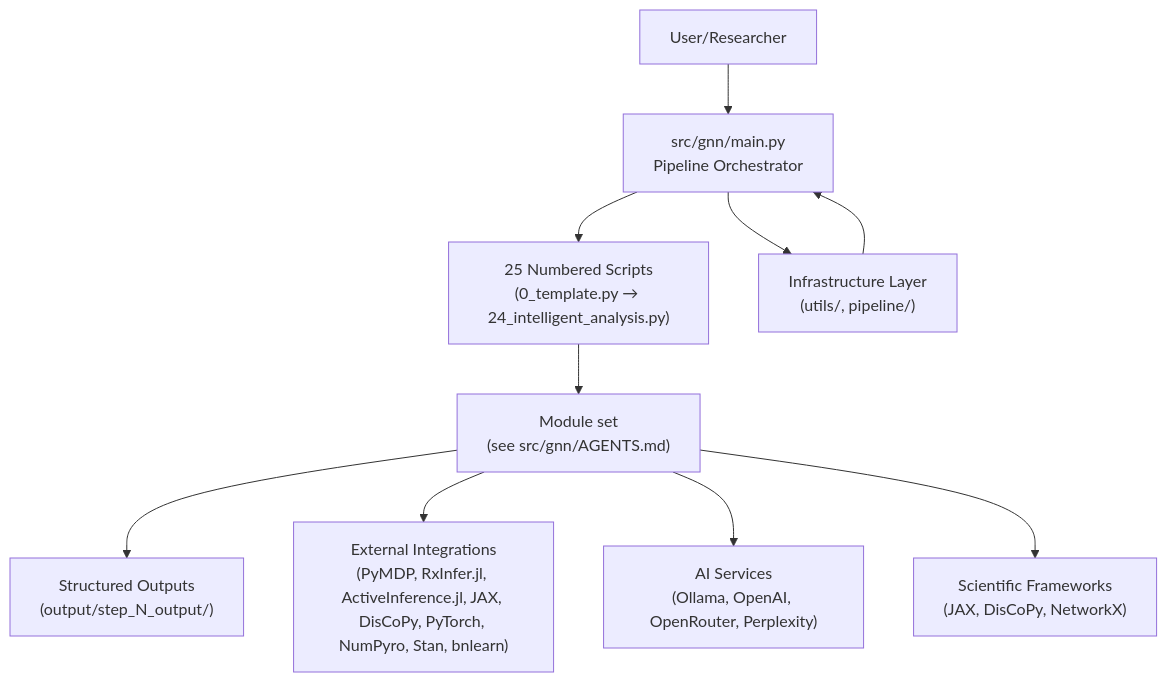
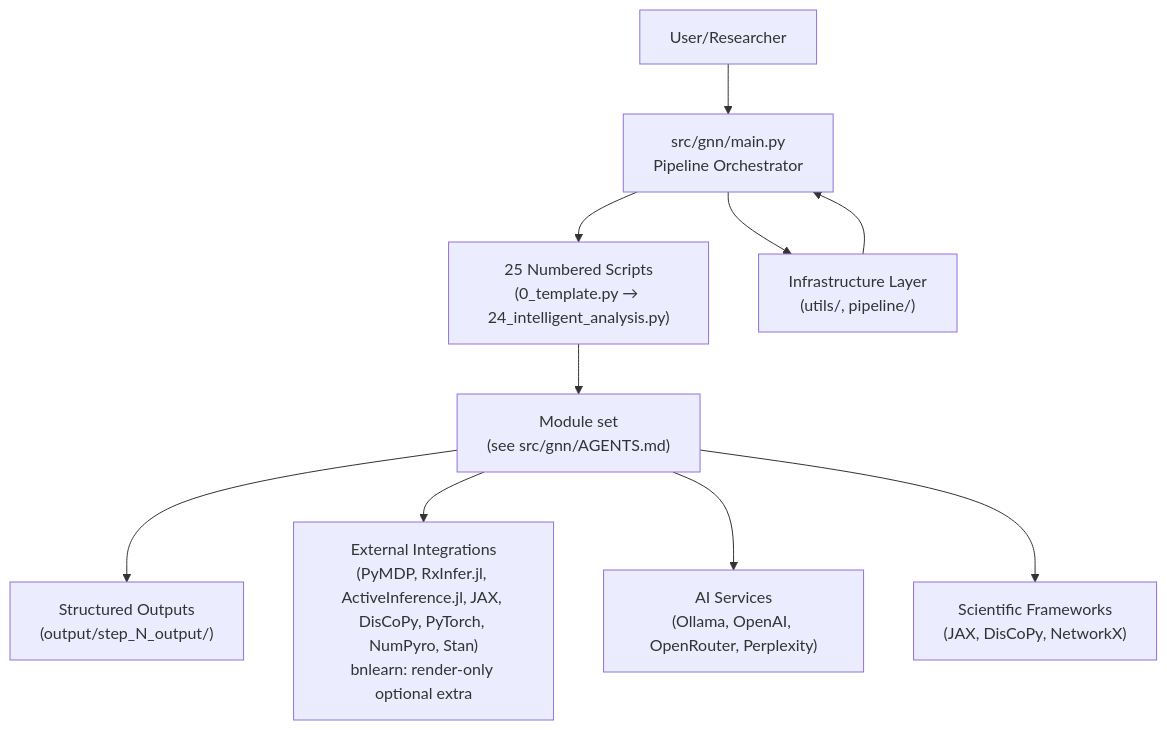
One commit to ActiveInferenceInstitute/GeneralizedNotationNotation changed the first of 7 diagrams in ARCHITECTURE.md. Above: the diagram before and after it, drawn with Mermaid. The commit also changed other lines of this file and 5 other files, not shown here.

````diff
--- a/ARCHITECTURE.md
+++ b/ARCHITECTURE.md
@@ -40,16 +40,16 @@
 ```mermaid
 graph TB
   A["User/Researcher"] --> B["src/gnn/main.py<br/>Pipeline Orchestrator"]
   B --> C["25 Numbered Scripts<br/>(0_template.py → 24_intelligent_analysis.py)"]
   C --> D["Module set<br/>(see src/gnn/AGENTS.md)"]
   D --> E["Structured Outputs<br/>(output/step_N_output/)"]
 
   B --> F["Infrastructure Layer<br/>(utils/, pipeline/)"]
   F --> B
 
-  D --> G["External Integrations<br/>(PyMDP, RxInfer.jl, ActiveInference.jl, JAX, DisCoPy, PyTorch, NumPyro, Stan, bnlearn)"]
+  D --> G["External Integrations<br/>(PyMDP, RxInfer.jl, ActiveInference.jl, JAX, DisCoPy, PyTorch, NumPyro, Stan)<br/>bnlearn: render-only optional extra"]
   D --> H["AI Services<br/>(Ollama, OpenAI, OpenRouter, Perplexity)"]
   D --> I["Scientific Frameworks<br/>(JAX, DisCoPy, NetworkX)"]
 
   %% styling intentionally omitted (theme-controlled)
 ```
````
